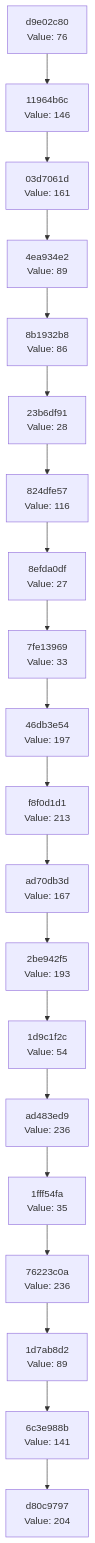
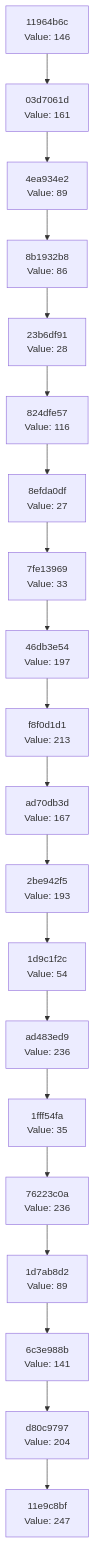
The diagram in docs/CHAIN_VISUALIZATION.md (Abhisheksinha1506/hash-chain-evolver), drawn with Mermaid before and after one commit. The commit also changed 2 other files, not shown here.

Commit message:
Evolution Step

````diff
--- a/docs/CHAIN_VISUALIZATION.md
+++ b/docs/CHAIN_VISUALIZATION.md
@@ -3,42 +3,42 @@
 ```mermaid
 graph TD
-    C0["d80c9797<br/>Value: 204"]
-    C1["6c3e988b<br/>Value: 141"]
+    C0["11e9c8bf<br/>Value: 247"]
+    C1["d80c9797<br/>Value: 204"]
     C1 --> C0
-    C2["1d7ab8d2<br/>Value: 89"]
+    C2["6c3e988b<br/>Value: 141"]
     C2 --> C1
-    C3["76223c0a<br/>Value: 236"]
+    C3["1d7ab8d2<br/>Value: 89"]
     C3 --> C2
-    C4["1fff54fa<br/>Value: 35"]
+    C4["76223c0a<br/>Value: 236"]
     C4 --> C3
-    C5["ad483ed9<br/>Value: 236"]
+    C5["1fff54fa<br/>Value: 35"]
     C5 --> C4
-    C6["1d9c1f2c<br/>Value: 54"]
+    C6["ad483ed9<br/>Value: 236"]
     C6 --> C5
-    C7["2be942f5<br/>Value: 193"]
+    C7["1d9c1f2c<br/>Value: 54"]
     C7 --> C6
-    C8["ad70db3d<br/>Value: 167"]
+    C8["2be942f5<br/>Value: 193"]
     C8 --> C7
-    C9["f8f0d1d1<br/>Value: 213"]
+    C9["ad70db3d<br/>Value: 167"]
     C9 --> C8
-    C10["46db3e54<br/>Value: 197"]
+    C10["f8f0d1d1<br/>Value: 213"]
     C10 --> C9
-    C11["7fe13969<br/>Value: 33"]
+    C11["46db3e54<br/>Value: 197"]
     C11 --> C10
-    C12["8efda0df<br/>Value: 27"]
+    C12["7fe13969<br/>Value: 33"]
     C12 --> C11
-    C13["824dfe57<br/>Value: 116"]
+    C13["8efda0df<br/>Value: 27"]
     C13 --> C12
-    C14["23b6df91<br/>Value: 28"]
+    C14["824dfe57<br/>Value: 116"]
     C14 --> C13
-    C15["8b1932b8<br/>Value: 86"]
+    C15["23b6df91<br/>Value: 28"]
     C15 --> C14
-    C16["4ea934e2<br/>Value: 89"]
+    C16["8b1932b8<br/>Value: 86"]
     C16 --> C15
-    C17["03d7061d<br/>Value: 161"]
+    C17["4ea934e2<br/>Value: 89"]
     C17 --> C16
-    C18["11964b6c<br/>Value: 146"]
+    C18["03d7061d<br/>Value: 161"]
     C18 --> C17
-    C19["d9e02c80<br/>Value: 76"]
+    C19["11964b6c<br/>Value: 146"]
     C19 --> C18
 ```
````
